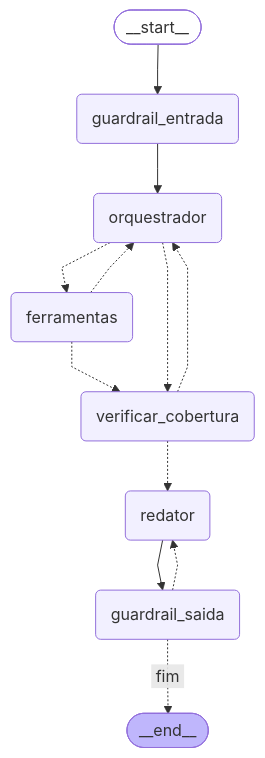
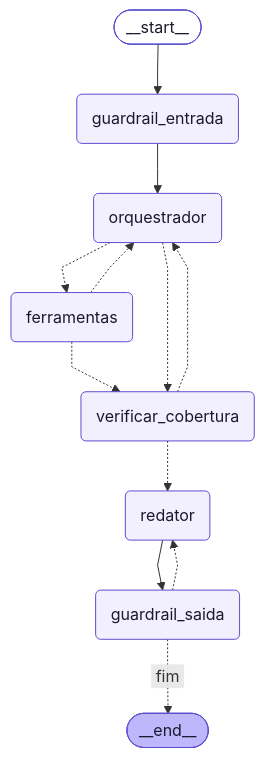
The diagram in README.md (Breno-Teodomiro/agente-relatorio-srag-publico), drawn with Mermaid before and after one commit. The commit also changed 3 other files, not shown here.

Commit message:
fix: diagrama do grafo legível no tema escuro do GitHub (cor do texto e da borda fixas no gerador)

````diff
--- a/README.md
+++ b/README.md
@@ -118,30 +118,30 @@
 ```mermaid
 ---
 config:
   flowchart:
     curve: linear
 ---
 graph TD;
 	__start__([<p>__start__</p>]):::first
 	guardrail_entrada(guardrail_entrada)
 	orquestrador(orquestrador)
 	ferramentas(ferramentas)
 	verificar_cobertura(verificar_cobertura)
 	redator(redator)
 	guardrail_saida(guardrail_saida)
 	__end__([<p>__end__</p>]):::last
 	__start__ --> guardrail_entrada;
 	ferramentas -.-> orquestrador;
 	ferramentas -.-> verificar_cobertura;
 	guardrail_entrada --> orquestrador;
 	guardrail_saida -. &nbsp;fim&nbsp; .-> __end__;
 	guardrail_saida -.-> redator;
 	orquestrador -.-> ferramentas;
 	orquestrador -.-> verificar_cobertura;
 	redator --> guardrail_saida;
 	verificar_cobertura -.-> orquestrador;
 	verificar_cobertura -.-> redator;
-	classDef default fill:#f2f0ff,line-height:1.2
+	classDef default fill:#f2f0ff,stroke:#5b4fcf,color:#1a1a2e,line-height:1.2
 	classDef first fill-opacity:0
-	classDef last fill:#bfb6fc
+	classDef last fill:#bfb6fc,stroke:#5b4fcf,color:#1a1a2e
 ```
````
